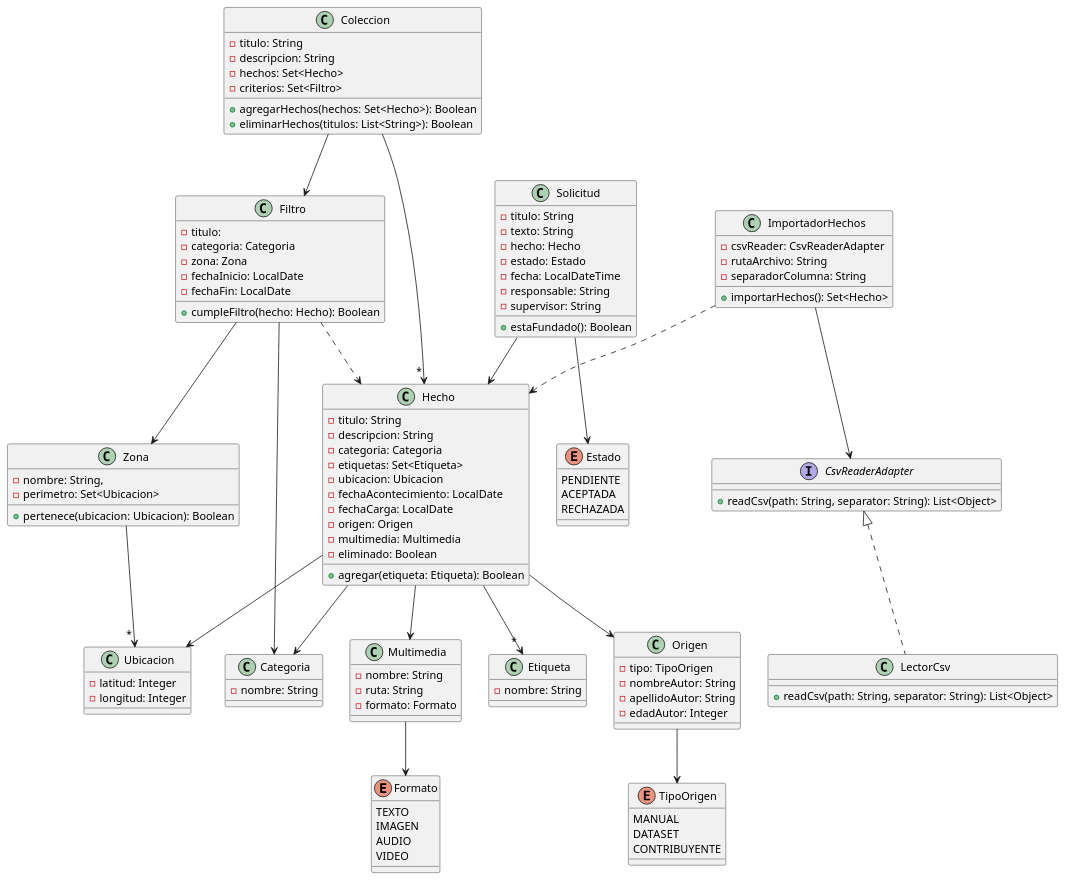
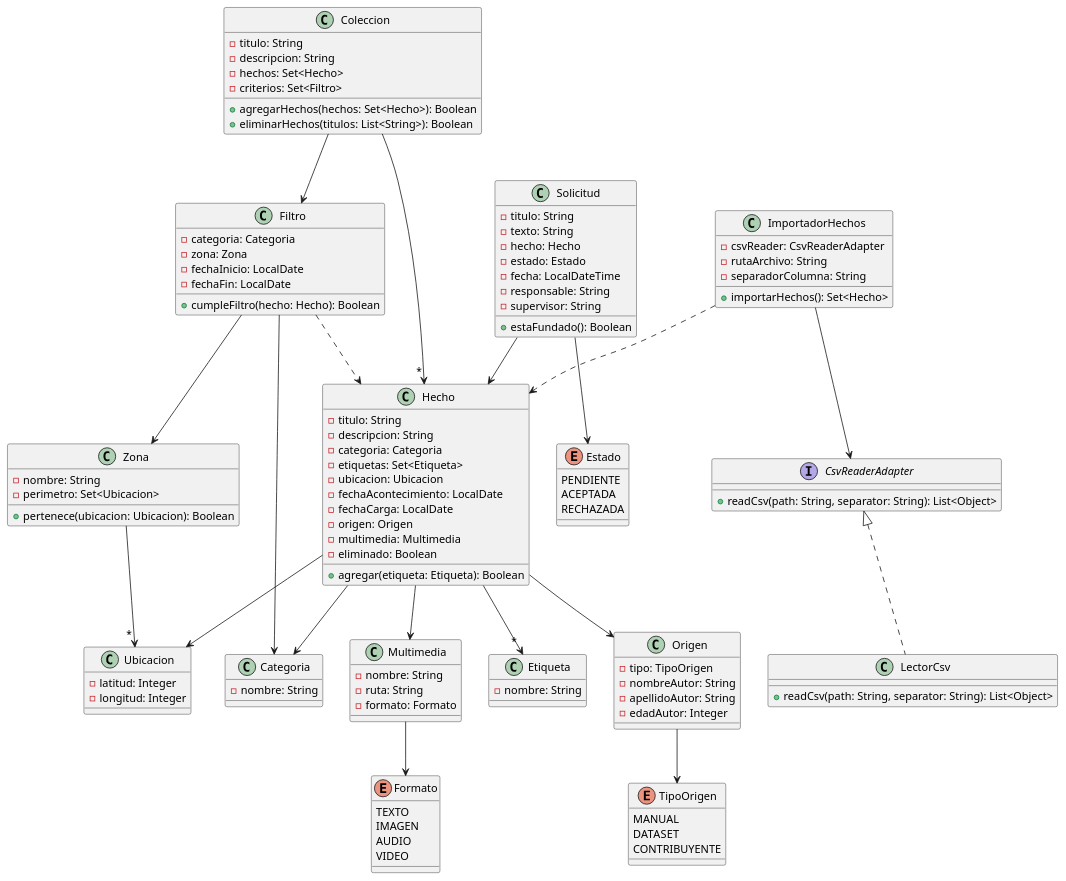
One commit to Leo-de-Riv3r/2025-tpa-ma-ma-grupo-02-deploy changed the diagram in docs/diagrama_de_clases.puml. Above: the diagram before and after it, drawn with PlantUML.

Commit message:
corecciones de diagrama de clases

```diff
--- a/docs/diagrama_de_clases.puml
+++ b/docs/diagrama_de_clases.puml
@@ -10,138 +10,137 @@
 @startuml
 'https://plantuml.com/class-diagram
 
 Multimedia --> Formato
 
 Hecho --> Categoria
 Hecho --> " * " Etiqueta
 Hecho --> Ubicacion
 Hecho --> Origen
 Hecho --> Multimedia
 
 Zona --> " * " Ubicacion
 
 Origen --> TipoOrigen
 
 Filtro --> Zona
 Filtro --> Categoria
 Filtro ..> Hecho
 
 Coleccion --> " * " Hecho
 Coleccion --> Filtro
 
 Solicitud --> Hecho
 Solicitud --> Estado
 
 ImportadorHechos ..> Hecho
 ImportadorHechos --> CsvReaderAdapter
 
 class Categoria {
     - nombre: String
 }
 
 class Etiqueta {
     - nombre: String
 }
 
 class Ubicacion {
     - latitud: Integer
     - longitud: Integer
 }
 
 class Origen {
     - tipo: TipoOrigen
     - nombreAutor: String
     - apellidoAutor: String
     - edadAutor: Integer
 }
 
 enum TipoOrigen {
     MANUAL
     DATASET
     CONTRIBUYENTE
 }
 
 enum Formato {
     TEXTO
     IMAGEN
     AUDIO
     VIDEO
 }
 
 class Multimedia {
     - nombre: String
     - ruta: String
     - formato: Formato
 }
 
 class Hecho {
     - titulo: String
     - descripcion: String
     - categoria: Categoria
     - etiquetas: Set<Etiqueta>
     - ubicacion: Ubicacion
     - fechaAcontecimiento: LocalDate
     - fechaCarga: LocalDate
     - origen: Origen
     - multimedia: Multimedia
     - eliminado: Boolean
     + agregar(etiqueta: Etiqueta): Boolean
 }
 
 class Zona {
-    - nombre: String,
+    - nombre: String
     - perimetro: Set<Ubicacion>
     + pertenece(ubicacion: Ubicacion): Boolean
 }
 
 class Filtro {
-    - titulo: 
     - categoria: Categoria
     - zona: Zona
     - fechaInicio: LocalDate
     - fechaFin: LocalDate
     + cumpleFiltro(hecho: Hecho): Boolean
 }
 
 class Coleccion {
     - titulo: String
     - descripcion: String
     - hechos: Set<Hecho>
     - criterios: Set<Filtro>
     + agregarHechos(hechos: Set<Hecho>): Boolean
     + eliminarHechos(titulos: List<String>): Boolean
 }
 
 enum Estado {
     PENDIENTE
     ACEPTADA
     RECHAZADA
 }
 
 class Solicitud {
    - titulo: String
    - texto: String
    - hecho: Hecho
    - estado: Estado
    - fecha: LocalDateTime
    - responsable: String
    - supervisor: String
    + estaFundado(): Boolean
 }
 
 class LectorCsv implements CsvReaderAdapter {
     + readCsv(path: String, separator: String): List<Object>
 }
 
 interface CsvReaderAdapter {
     + readCsv(path: String, separator: String): List<Object>
 }
 
 class ImportadorHechos {
     - csvReader: CsvReaderAdapter
     - rutaArchivo: String
     - separadorColumna: String
     + importarHechos(): Set<Hecho>
 }
 
 @enduml
```
